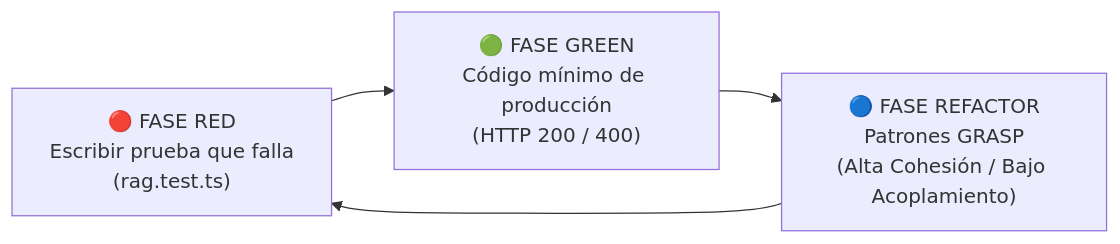
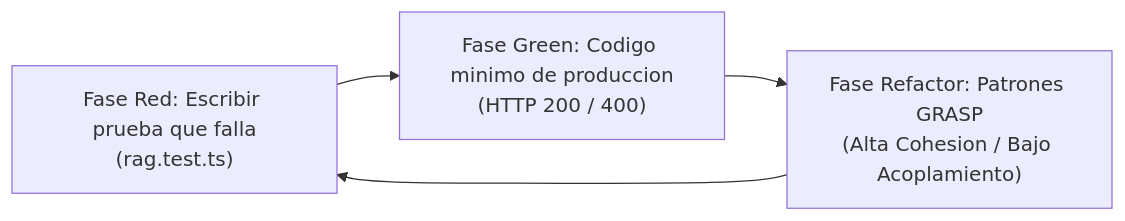
One commit to Tsmrain/Documentacion changed diagram 17 of 17 in README.md. Above: the diagram before and after it, drawn with Mermaid. The commit also changed other lines of this file, not shown here.

````diff
--- a/README.md
+++ b/README.md
@@ -2017,6 +2178,6 @@
 ```mermaid
 graph LR
-    A["🔴 FASE RED\nEscribir prueba que falla\n(rag.test.ts)"] --> B["🟢 FASE GREEN\nCódigo mínimo de producción\n(HTTP 200 / 400)"]
-    B --> C["🔵 FASE REFACTOR\nPatrones GRASP\n(Alta Cohesión / Bajo Acoplamiento)"]
+    A["Fase Red: Escribir prueba que falla\n(rag.test.ts)"] --> B["Fase Green: Codigo minimo de produccion\n(HTTP 200 / 400)"]
+    B --> C["Fase Refactor: Patrones GRASP\n(Alta Cohesion / Bajo Acoplamiento)"]
     C --> A
 ```
````
